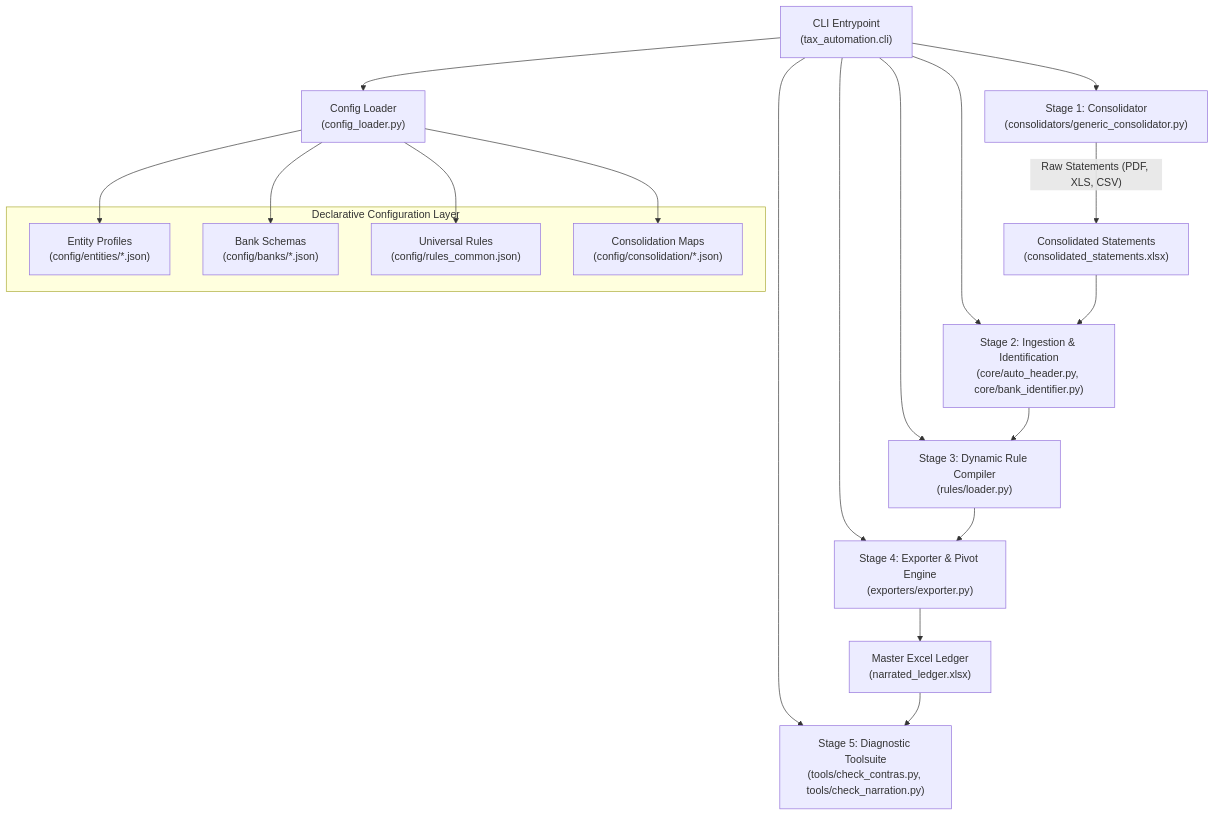
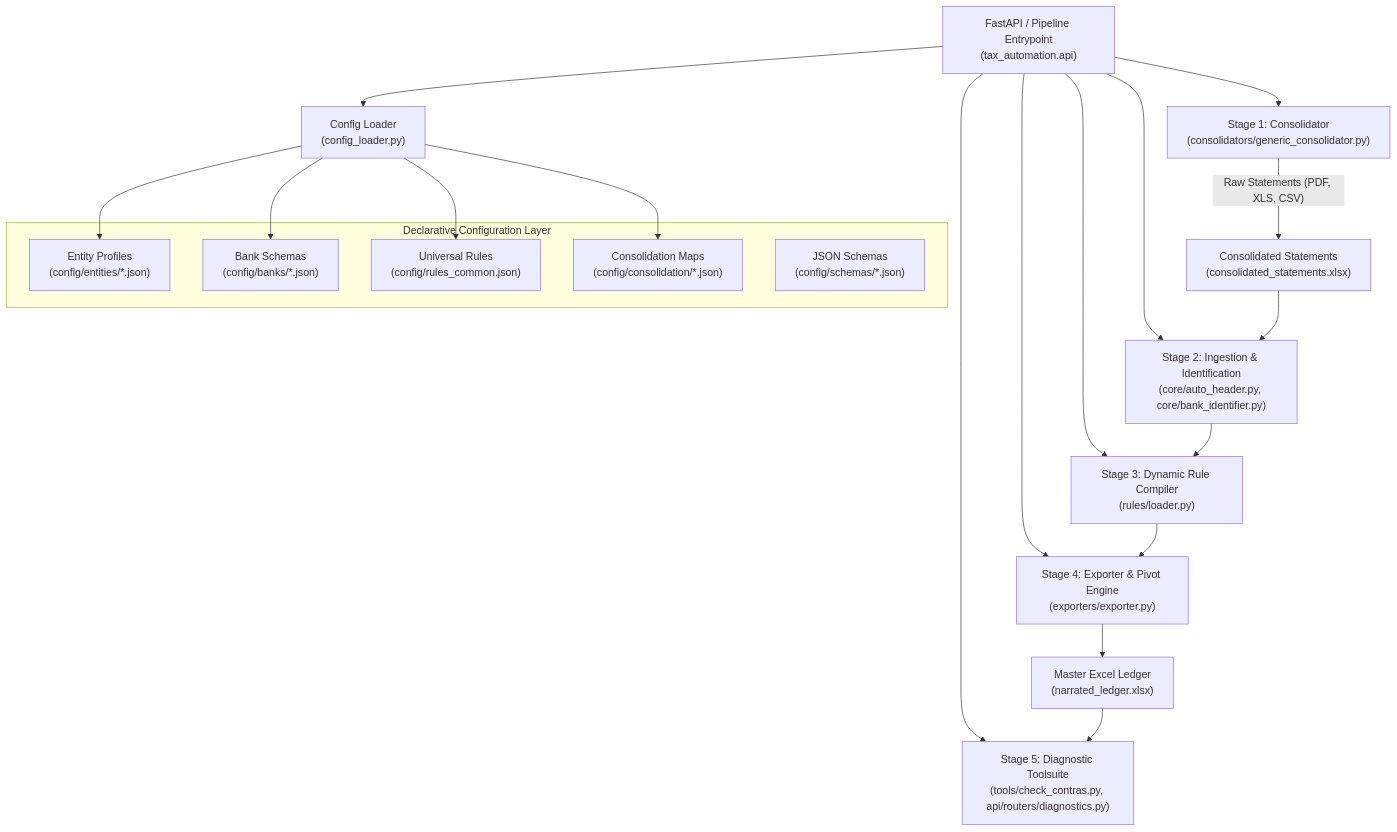
The first of 6 diagrams in docs/TECHNICAL_DOCUMENTATION.md (Aayush4396/tax-automation), drawn with Mermaid before and after one commit. The commit also changed other lines of this file and 7 other files, not shown here.

Commit message:
docs: synchronize README, architecture docs, workflows, and skills with FastAPI REST service and updated test suite

````diff
--- a/docs/TECHNICAL_DOCUMENTATION.md
+++ b/docs/TECHNICAL_DOCUMENTATION.md
@@ -29,29 +29,30 @@
 ```mermaid
 graph TD
-    CLI["CLI Entrypoint<br/>(tax_automation.cli)"] --> ConfigLoader["Config Loader<br/>(config_loader.py)"]
+    API["FastAPI / Pipeline Entrypoint<br/>(tax_automation.api)"] --> ConfigLoader["Config Loader<br/>(config_loader.py)"]
     
     subgraph ConfigLayer ["Declarative Configuration Layer"]
         EntityCfg["Entity Profiles<br/>(config/entities/*.json)"]
         BankSchemas["Bank Schemas<br/>(config/banks/*.json)"]
         CommonRules["Universal Rules<br/>(config/rules_common.json)"]
         ConsoMaps["Consolidation Maps<br/>(config/consolidation/*.json)"]
+        Schemas["JSON Schemas<br/>(config/schemas/*.json)"]
     end
     
     ConfigLoader --> EntityCfg
     ConfigLoader --> BankSchemas
     ConfigLoader --> CommonRules
     ConfigLoader --> ConsoMaps
 
-    CLI --> Stage1["Stage 1: Consolidator<br/>(consolidators/generic_consolidator.py)"]
-    CLI --> Stage2["Stage 2: Ingestion & Identification<br/>(core/auto_header.py, core/bank_identifier.py)"]
-    CLI --> Stage3["Stage 3: Dynamic Rule Compiler<br/>(rules/loader.py)"]
-    CLI --> Stage4["Stage 4: Exporter & Pivot Engine<br/>(exporters/exporter.py)"]
-    CLI --> Stage5["Stage 5: Diagnostic Toolsuite<br/>(tools/check_contras.py, tools/check_narration.py)"]
+    API --> Stage1["Stage 1: Consolidator<br/>(consolidators/generic_consolidator.py)"]
+    API --> Stage2["Stage 2: Ingestion & Identification<br/>(core/auto_header.py, core/bank_identifier.py)"]
+    API --> Stage3["Stage 3: Dynamic Rule Compiler<br/>(rules/loader.py)"]
+    API --> Stage4["Stage 4: Exporter & Pivot Engine<br/>(exporters/exporter.py)"]
+    API --> Stage5["Stage 5: Diagnostic Toolsuite<br/>(tools/check_contras.py, api/routers/diagnostics.py)"]
 
     Stage1 -->|"Raw Statements (PDF, XLS, CSV)"| PreConso["Consolidated Statements<br/>(consolidated_statements.xlsx)"]
     PreConso --> Stage2
     Stage2 --> Stage3
     Stage3 --> Stage4
     Stage4 --> MasterOut["Master Excel Ledger<br/>(narrated_ledger.xlsx)"]
     MasterOut --> Stage5
 ```
````
